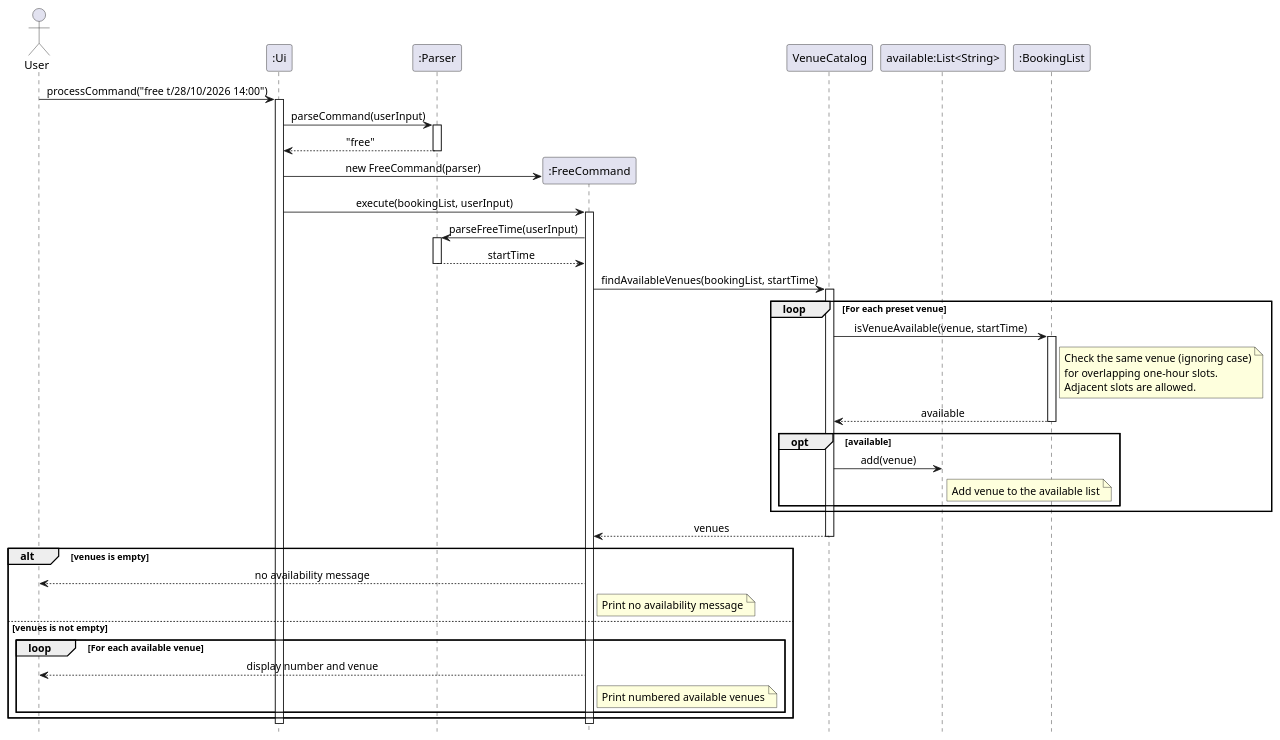
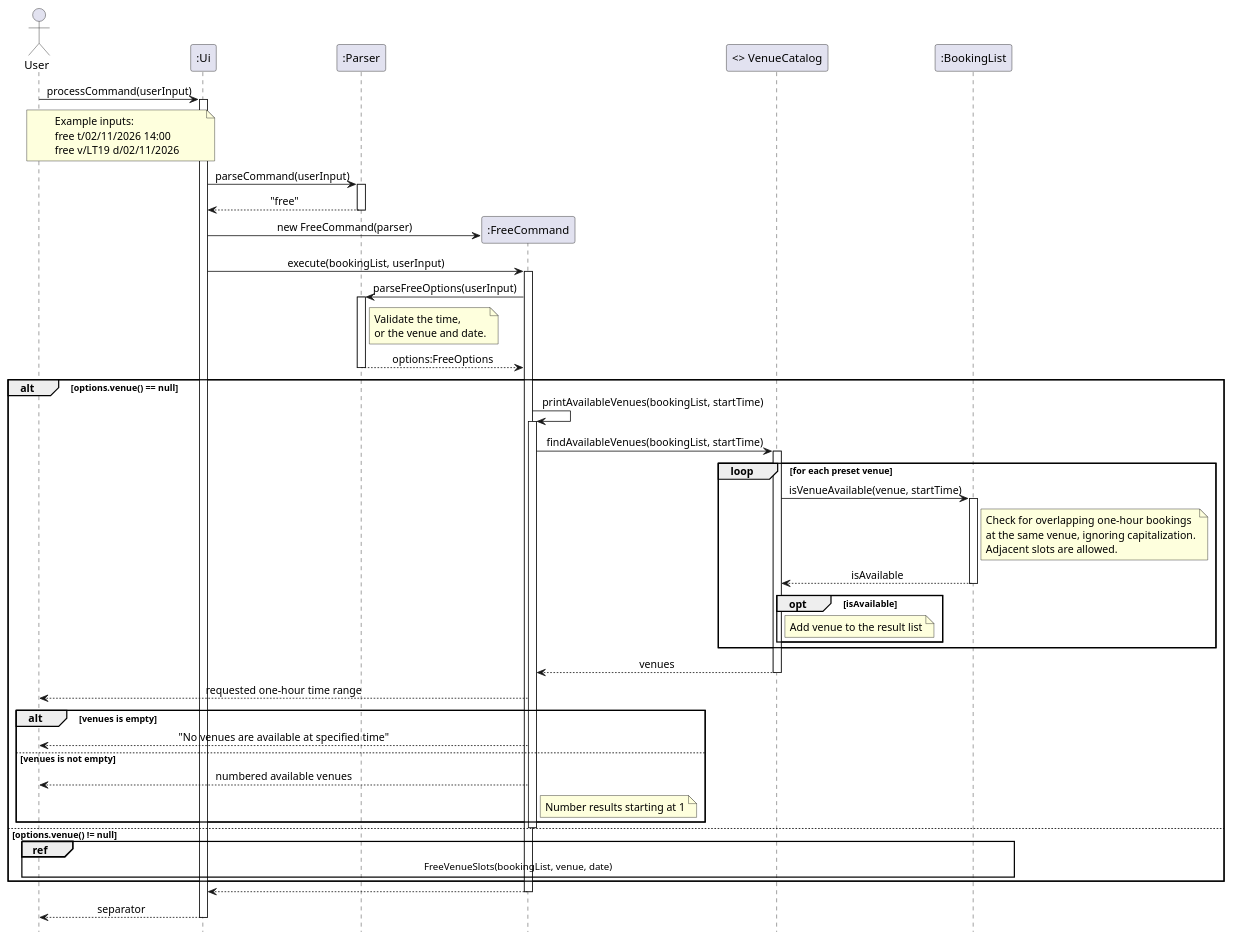
Before and after one commit to AY2627S1-CS2113-W14-2/tp: the diagram in docs/UMLDiagrams/FreeCommandSequenceDiagram.puml, drawn with PlantUML. The commit also changed 22 other files, not shown here.

Commit message:
Added venue and date selection for free command, updated ppp, dg and ug

```diff
--- a/docs/UMLDiagrams/FreeCommandSequenceDiagram.puml
+++ b/docs/UMLDiagrams/FreeCommandSequenceDiagram.puml
@@ -1,72 +1,94 @@
 @startuml
 skinparam sequenceMessageAlign center
 hide footbox
 
 actor User
-
 participant ":Ui" as UI
-
 participant ":Parser" as Parser
 
-User -> UI: processCommand("free t/28/10/2026 14:00")
+User -> UI: processCommand(userInput)
 activate UI
+
+note over User, UI
+Example inputs:
+free t/02/11/2026 14:00
+free v/LT19 d/02/11/2026
+end note
 
 UI -> Parser: parseCommand(userInput)
 activate Parser
 Parser --> UI: "free"
 deactivate Parser
 
 create participant ":FreeCommand" as Free
 UI -> Free: new FreeCommand(parser)
 
-participant "VenueCatalog" as Catalog
-participant "available:List<String>" as Available
+participant "<> VenueCatalog" as Catalog
 participant ":BookingList" as Bookings
 
 UI -> Free: execute(bookingList, userInput)
 activate Free
 
-Free -> Parser: parseFreeTime(userInput)
+Free -> Parser: parseFreeOptions(userInput)
 activate Parser
-Parser --> Free: startTime
+
+note right of Parser
+Validate the time,
+or the venue and date.
+end note
+
+Parser --> Free: options:FreeOptions
 deactivate Parser
 
-Free -> Catalog: findAvailableVenues(bookingList, startTime)
-activate Catalog
+alt options.venue() == null
+    Free -> Free: printAvailableVenues(bookingList, startTime)
+    activate Free
 
-loop For each preset venue
-    Catalog -> Bookings: isVenueAvailable(venue, startTime)
-    activate Bookings
+    Free -> Catalog: findAvailableVenues(bookingList, startTime)
+    activate Catalog
 
-    note right of Bookings
-    Check the same venue (ignoring case)
-    for overlapping one-hour slots.
-    Adjacent slots are allowed.
-    end note
+    loop for each preset venue
+        Catalog -> Bookings: isVenueAvailable(venue, startTime)
+        activate Bookings
 
-    Bookings --> Catalog: available
-    deactivate Bookings
+        note right of Bookings
+        Check for overlapping one-hour bookings
+        at the same venue, ignoring capitalization.
+        Adjacent slots are allowed.
+        end note
 
-    opt available
-        Catalog -> Available: add(venue)
-        note right of Available: Add venue to the available list
+        Bookings --> Catalog: isAvailable
+        deactivate Bookings
+
+        opt isAvailable
+            note right of Catalog: Add venue to the result list
+        end
     end
+
+    Catalog --> Free: venues
+    deactivate Catalog
+
+    Free --> User: requested one-hour time range
+
+    alt venues is empty
+        Free --> User: "No venues are available at specified time"
+    else venues is not empty
+        Free --> User: numbered available venues
+        note right of Free: Number results starting at 1
+    end
+
+    deactivate Free
+
+else options.venue() != null
+    ref over User, Bookings
+        FreeVenueSlots(bookingList, venue, date)
+    end ref
 end
 
-Catalog --> Free: venues
-deactivate Catalog
-
-alt venues is empty
-    Free --> User: no availability message
-    note right of Free: Print no availability message
-else venues is not empty
-    loop For each available venue
-        Free --> User: display number and venue
-        note right of Free: Print numbered available venues
-    end
-end
-
+Free --> UI
 deactivate Free
 
+UI --> User: separator
 deactivate UI
+
 @enduml
```
